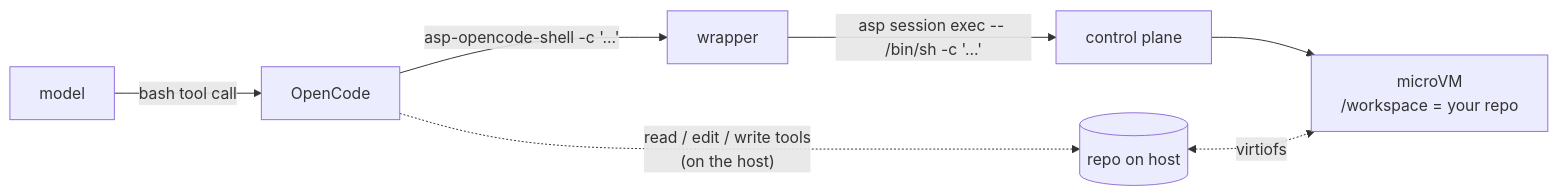
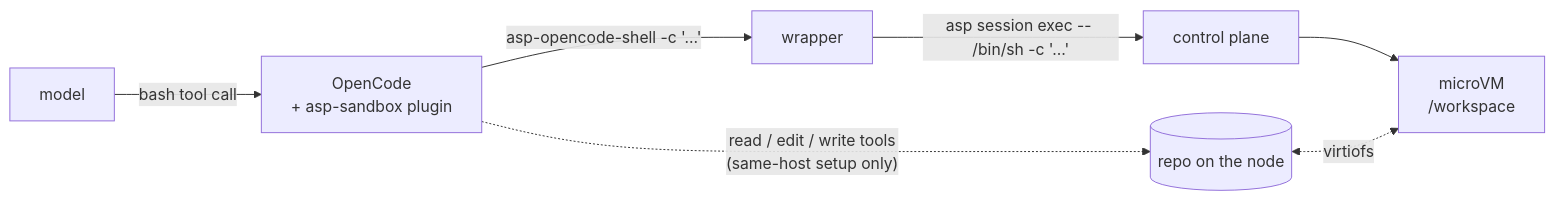
One commit to luisgf/agent-sandbox-platform changed the fifth of 5 diagrams in README.md. Above: the diagram before and after it, drawn with Mermaid. The commit also changed other lines of this file and 1 other file, not shown here.

First line of the commit message:
docs: set up OpenCode with the integrations/opencode kit

````diff
--- a/README.md
+++ b/README.md
@@ -261,9 +268,9 @@
 ```mermaid
 flowchart LR
-  M["model"] -->|"bash tool call"| OC["OpenCode"]
+  M["model"] -->|"bash tool call"| OC["OpenCode<br/>+ asp-sandbox plugin"]
   OC -->|"asp-opencode-shell -c '…'"| W["wrapper"]
   W -->|"asp session exec -- /bin/sh -c '…'"| CP["control plane"]
-  CP --> VM["microVM<br/>/workspace = your repo"]
-  OC -. "read / edit / write tools<br/>(on the host)" .-> REPO[("repo on host")]
+  CP --> VM["microVM<br/>/workspace"]
+  OC -. "read / edit / write tools<br/>(same-host setup only)" .-> REPO[("repo on the node")]
   REPO <-. "virtiofs" .-> VM
 ```
````
